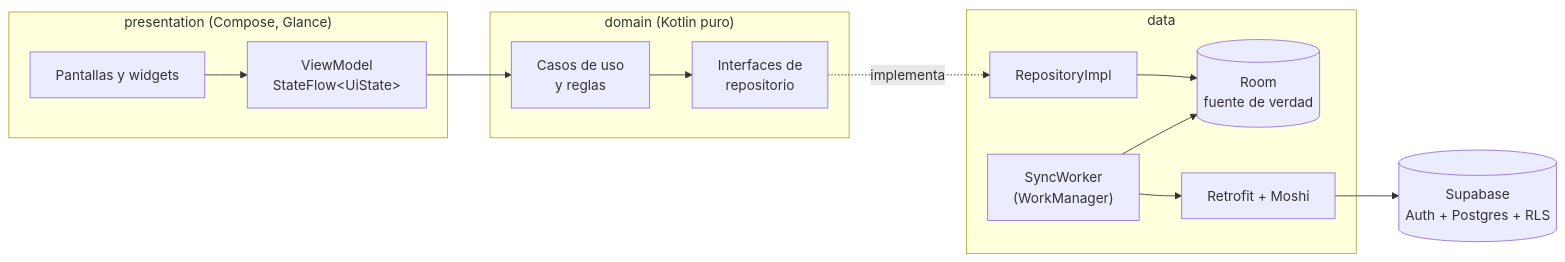
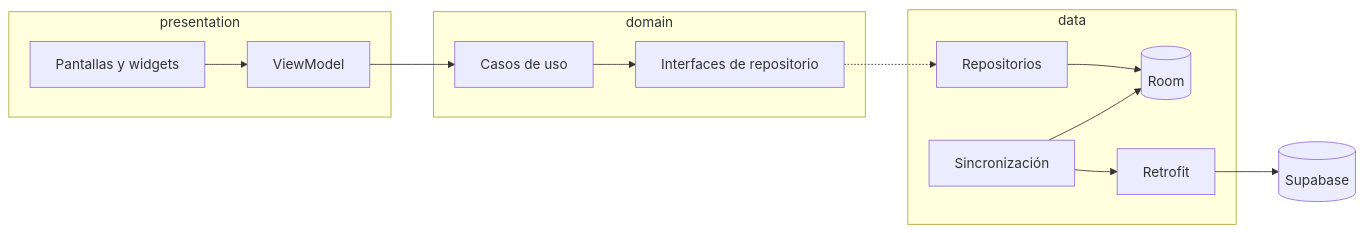
Before and after one commit to rociobottinelli/miti: the diagram in README.md, drawn with Mermaid. The commit also changed other lines of this file, not shown here.

````diff
--- a/README.md
+++ b/README.md
@@ -135,17 +250,17 @@
 ```mermaid
 flowchart LR
-    subgraph presentation["presentation (Compose, Glance)"]
-        UI["Pantallas y widgets"] --> VM["ViewModel<br/>StateFlow&lt;UiState&gt;"]
+    subgraph presentation
+        UI["Pantallas y widgets"] --> VM["ViewModel"]
     end
-    subgraph domain["domain (Kotlin puro)"]
-        UC["Casos de uso<br/>y reglas"] --> RI["Interfaces de<br/>repositorio"]
+    subgraph domain
+        UC["Casos de uso"] --> RI["Interfaces de repositorio"]
     end
-    subgraph data["data"]
-        Impl["RepositoryImpl"] --> Room[("Room<br/>fuente de verdad")]
-        Sync["SyncWorker<br/>(WorkManager)"] --> Room
-        Sync --> API["Retrofit + Moshi"]
+    subgraph data
+        Impl["Repositorios"] --> Room[("Room")]
+        Sync["Sincronización"] --> Room
+        Sync --> API["Retrofit"]
     end
     VM --> UC
-    RI -.implementa.-> Impl
-    API --> Supa[("Supabase<br/>Auth + Postgres + RLS")]
+    RI -.-> Impl
+    API --> Supa[("Supabase")]
 ```
````
